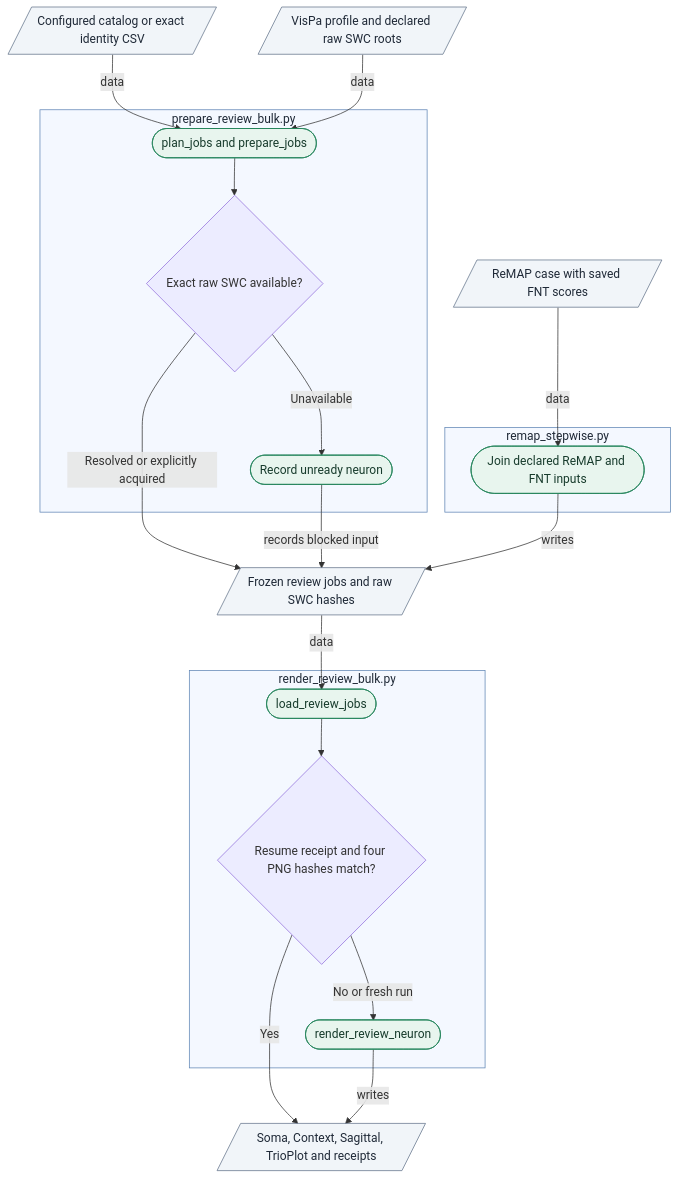
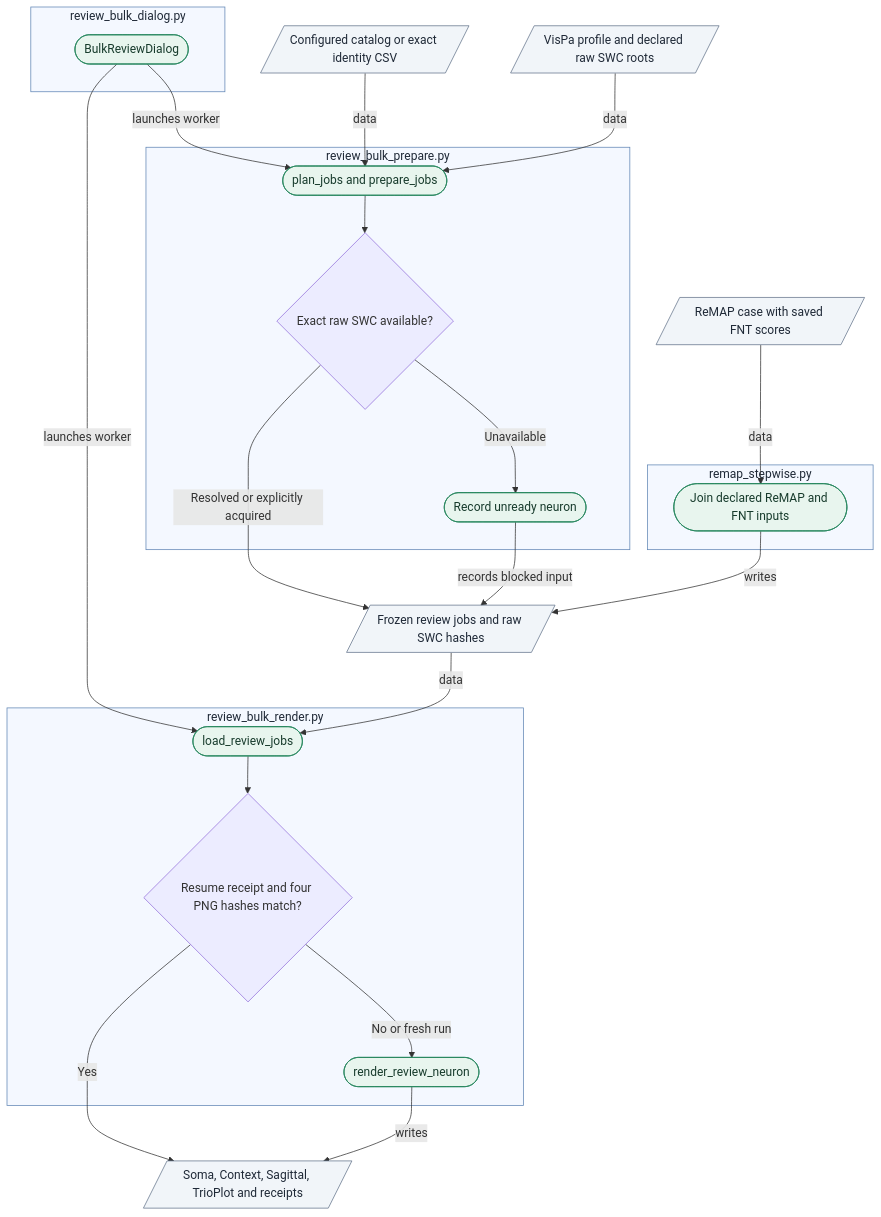
One commit to bylaikaby/VisPa changed the diagram in batch/MODULE.md. Above: the diagram before and after it, drawn with Mermaid. The commit also changed other lines of this file and 69 other files, not shown here.

Commit message:
Add GUI bulk review and fix selected neuron loading

````diff
--- a/batch/MODULE.md
+++ b/batch/MODULE.md
@@ -10,41 +9,47 @@
 ```mermaid
 flowchart TD
   A[/Configured catalog or exact identity CSV/]
   B[/VisPa profile and declared raw SWC roots/]
+  subgraph UI["review_bulk_dialog.py"]
+    U([BulkReviewDialog])
+  end
   F[/ReMAP case with saved FNT scores/]
-  subgraph PREP["prepare_review_bulk.py"]
+  subgraph PREP["review_bulk_prepare.py"]
     P([plan_jobs and prepare_jobs])
     C{Exact raw SWC available?}
     M([Record unready neuron])
   end
   subgraph LEGACY["remap_stepwise.py"]
     R([Join declared ReMAP and FNT inputs])
   end
-  subgraph BULK["render_review_bulk.py"]
+  subgraph BULK["review_bulk_render.py"]
     V([load_review_jobs])
     S{Resume receipt and four PNG hashes match?}
     N([render_review_neuron])
   end
   J[/Frozen review jobs and raw SWC hashes/]
   O[/Soma, Context, Sagittal, TrioPlot and receipts/]
+  U -->|launches worker| P
+  U -->|launches worker| V
   A -->|data| P
   B -->|data| P
   P --> C
   C -->|Resolved or explicitly acquired| J
   C -->|Unavailable| M
   M -->|records blocked input| J
   F -->|data| R
   R -->|writes| J
   J -->|data| V
   V --> S
   S -->|Yes| O
   S -->|No or fresh run| N
   N -->|writes| O
   classDef callable fill:#E8F5EE,stroke:#23845B,color:#173B2C
   classDef data fill:#F1F5F9,stroke:#64748B,color:#1F2937
-  class P,M,R,V,N callable
+  class P,M,R,V,N,U callable
   class A,B,F,J,O data
+  style UI fill:#F4F8FF,stroke:#6186B5,color:#1F2937
   style PREP fill:#F4F8FF,stroke:#6186B5,color:#1F2937
   style LEGACY fill:#F4F8FF,stroke:#6186B5,color:#1F2937
   style BULK fill:#F4F8FF,stroke:#6186B5,color:#1F2937
 ```
````
